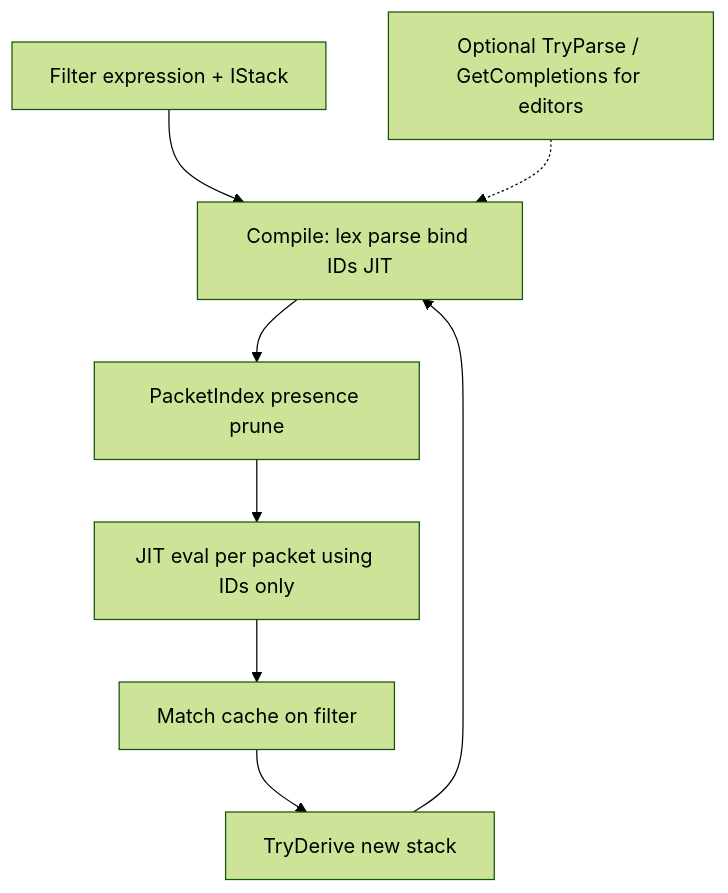
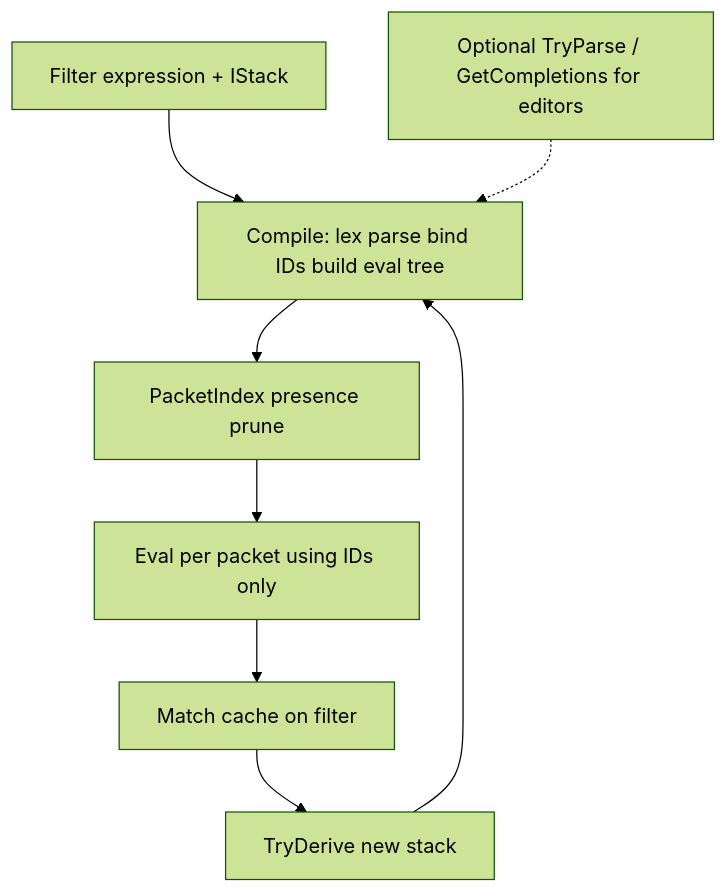
Before and after one commit to DevAM-Tools/NetworkInspector: the first of 2 diagrams in NetworkInspector.Filter/FILTER_GUIDE.md, drawn with Mermaid (forest theme). The commit also changed other lines of this file and 205 other files, not shown here.

````diff
--- a/NetworkInspector.Filter/FILTER_GUIDE.md
+++ b/NetworkInspector.Filter/FILTER_GUIDE.md
@@ -19,14 +19,14 @@
 ```mermaid
 flowchart TD
   S[Filter expression + IStack]
-  C[Compile: lex parse bind IDs JIT]
+  C[Compile: lex parse bind IDs build eval tree]
   P[Optional TryParse / GetCompletions for editors]
   I[PacketIndex presence prune]
-  E[JIT eval per packet using IDs only]
+  E[Eval per packet using IDs only]
   M[Match cache on filter]
   D[TryDerive new stack]
   S --> C --> I --> E --> M
   P -.-> C
   M --> D
   D --> C
 ```
````
